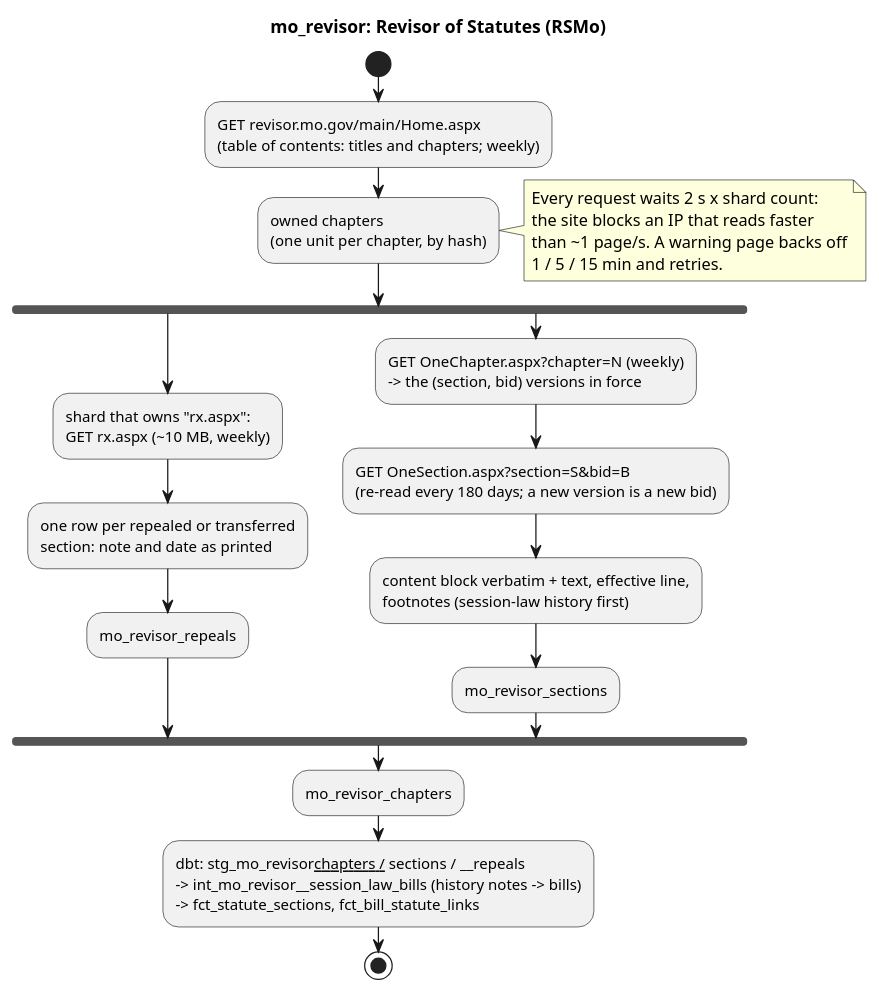
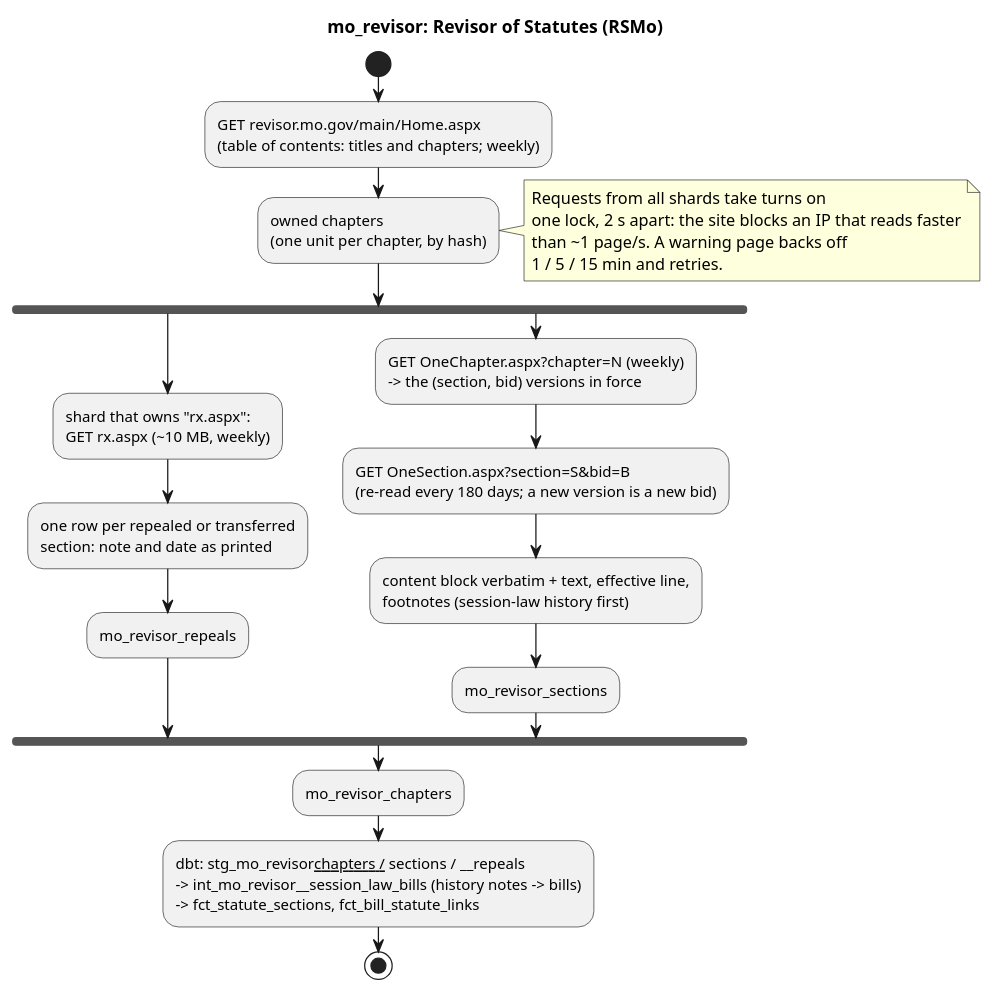
The diagram in docs/diagrams/sources/mo_revisor.puml (akettmann/missouri_gov_feed), drawn with PlantUML before and after one commit. The commit also changed 9 other files, not shown here.

First line of the commit message:
mo_revisor: pace requests across all shards with a shared lock, skip refused section pages, fix coverage docs

```diff
--- a/docs/diagrams/sources/mo_revisor.puml
+++ b/docs/diagrams/sources/mo_revisor.puml
@@ -1,34 +1,34 @@
 @startuml mo_revisor
 title mo_revisor: Revisor of Statutes (RSMo)
 start
 :GET revisor.mo.gov/main/Home.aspx
 (table of contents: titles and chapters; weekly);
 :owned chapters
 (one unit per chapter, by hash);
 note right
-  Every request waits 2 s x shard count:
-  the site blocks an IP that reads faster
+  Requests from all shards take turns on
+  one lock, 2 s apart: the site blocks an IP that reads faster
   than ~1 page/s. A warning page backs off
   1 / 5 / 15 min and retries.
 end note
 fork
   :shard that owns "rx.aspx":
   GET rx.aspx (~10 MB, weekly);
   :one row per repealed or transferred
   section: note and date as printed;
   :mo_revisor_repeals;
 fork again
   :GET OneChapter.aspx?chapter=N (weekly)
   -> the (section, bid) versions in force;
   :GET OneSection.aspx?section=S&bid=B
   (re-read every 180 days; a new version is a new bid);
   :content block verbatim + text, effective line,
   footnotes (session-law history first);
   :mo_revisor_sections;
 end fork
 :mo_revisor_chapters;
 :dbt: stg_mo_revisor__chapters / __sections / __repeals
 -> int_mo_revisor__session_law_bills (history notes -> bills)
 -> fct_statute_sections, fct_bill_statute_links;
 stop
 @enduml
```
